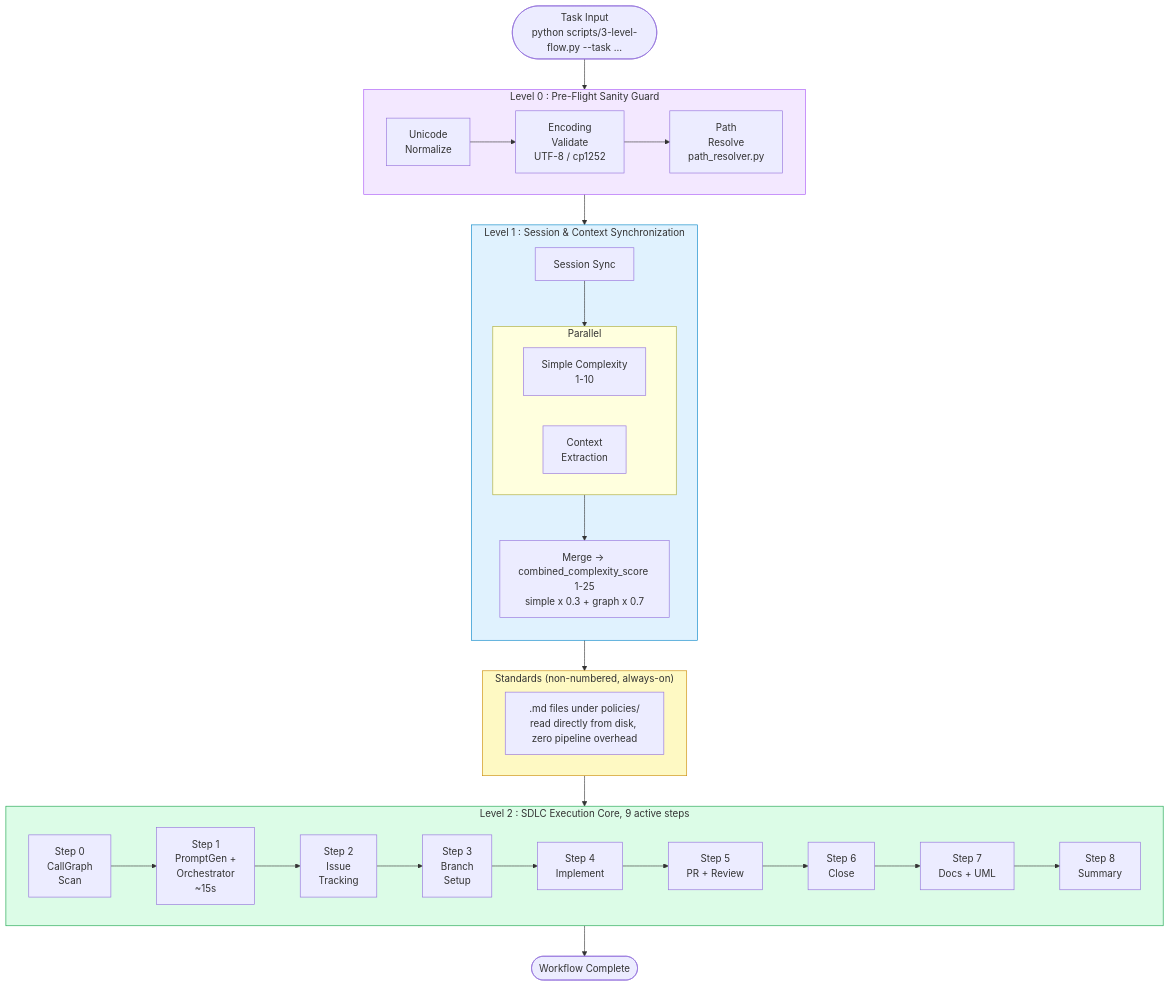
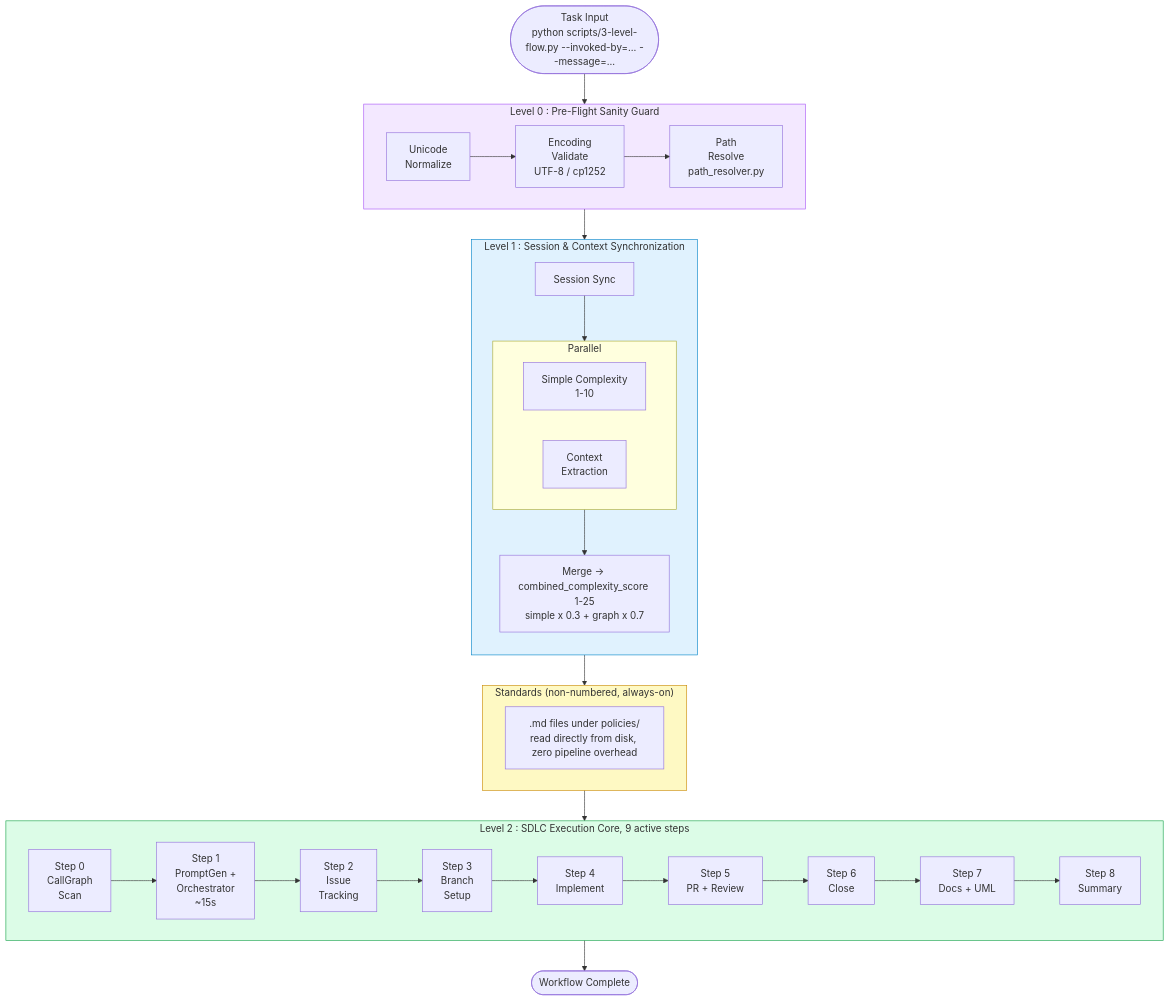
One commit to piyushmakhija28/claude-insight changed the second of 4 diagrams in README.md. Above: the diagram before and after it, drawn with Mermaid. The commit also changed other lines of this file and 4 other files, not shown here.

````diff
--- a/README.md
+++ b/README.md
@@ -176,39 +184,39 @@
 ```mermaid
 flowchart TD
-    START(["Task Input\npython scripts/3-level-flow.py --task ..."])
+    START(["Task Input\npython scripts/3-level-flow.py --invoked-by=... --message=..."])
 
     subgraph LM1["Level 0 : Pre-Flight Sanity Guard"]
         direction LR
         U["Unicode\nNormalize"] --> E["Encoding\nValidate\nUTF-8 / cp1252"] --> P["Path\nResolve\npath_resolver.py"]
     end
 
     subgraph L1["Level 1 : Session & Context Synchronization"]
         direction TB
         SS["Session Sync"]
         subgraph PAR["Parallel"]
             direction LR
             CX["Simple Complexity\n1-10"]
             CTX["Context\nExtraction"]
         end
         MG["Merge → combined_complexity_score 1-25\nsimple x 0.3 + graph x 0.7"]
         SS --> PAR --> MG
     end
 
     subgraph L2["Standards (non-numbered, always-on)"]
         POL[".md files under policies/\nread directly from disk, zero pipeline overhead"]
     end
 
     subgraph L3["Level 2 : SDLC Execution Core, 9 active steps"]
         direction LR
         P0["Step 0\nCallGraph\nScan"] --> S0["Step 1\nPromptGen +\nOrchestrator\n~15s"] --> S8["Step 2\nIssue\nTracking"] --> S9["Step 3\nBranch\nSetup"] --> S10["Step 4\nImplement"] --> S11["Step 5\nPR + Review"] --> S12["Step 6\nClose"] --> S13["Step 7\nDocs + UML"] --> S14["Step 8\nSummary"]
     end
 
     END(["Workflow Complete"])
 
     START --> LM1 --> L1 --> L2 --> L3 --> END
 
     style LM1 fill:#f3e8ff,stroke:#a855f7
     style L1  fill:#e0f2fe,stroke:#0284c7
     style L2  fill:#fef9c3,stroke:#ca8a04
     style L3  fill:#dcfce7,stroke:#16a34a
 ```
````
